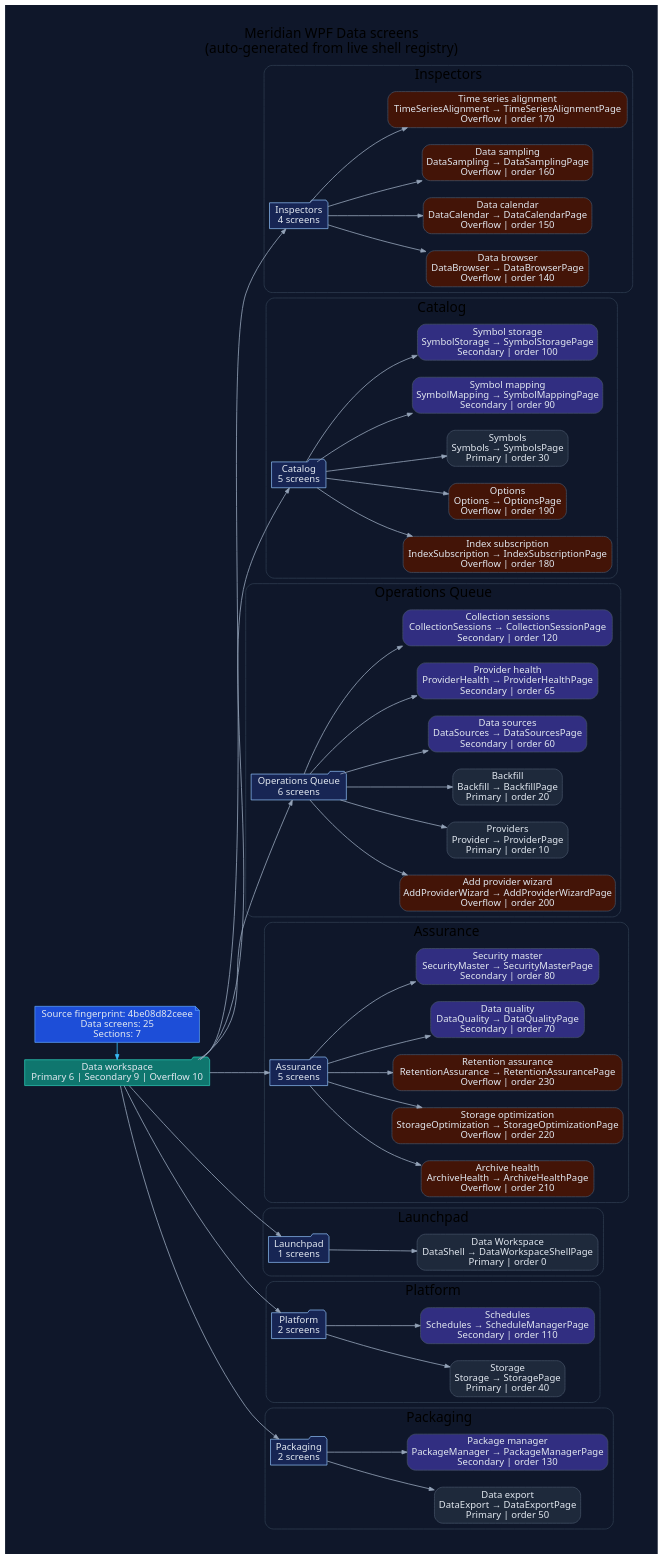
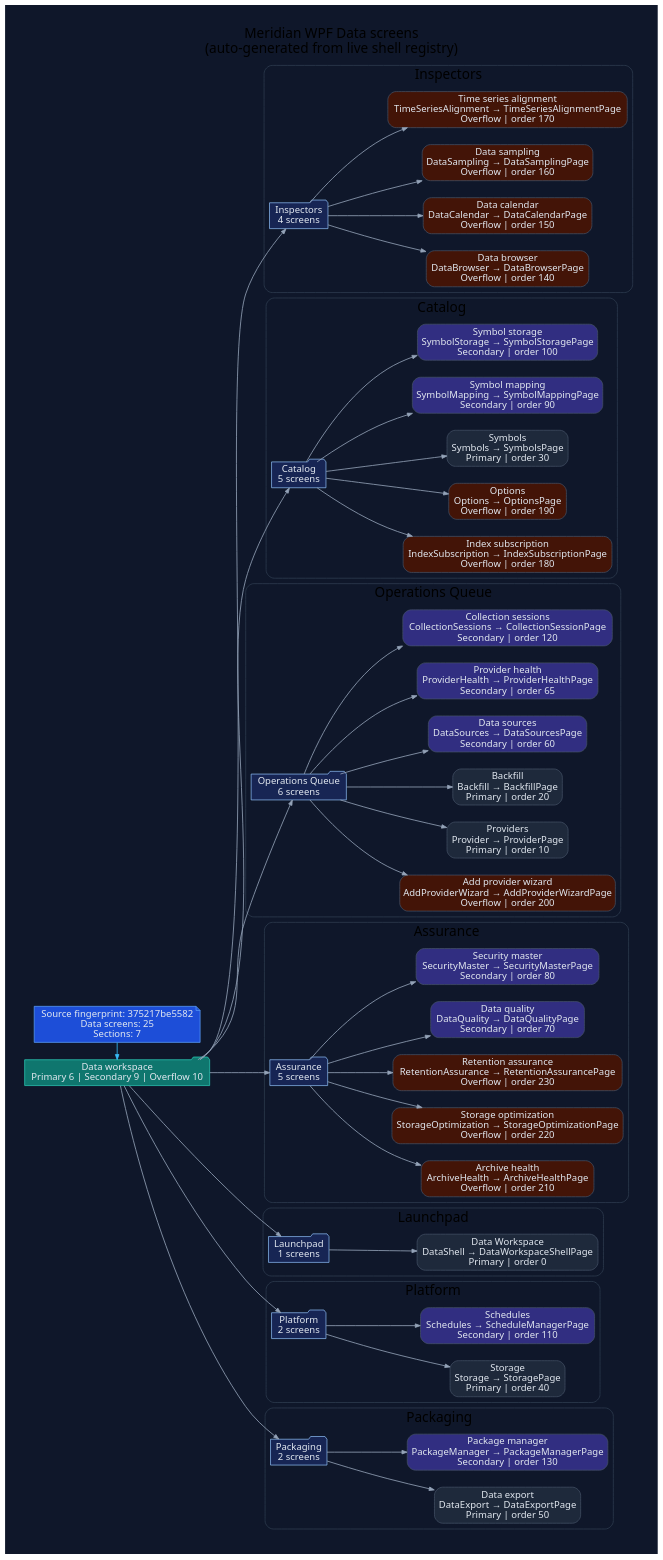
Before and after one commit to rodoHasArrived/Meridian-main: the diagram in docs/diagrams/ui-wpf-screens-data.dot, drawn with Graphviz. The commit also changed 158 other files, not shown here.

```diff
--- a/docs/diagrams/ui-wpf-screens-data.dot
+++ b/docs/diagrams/ui-wpf-screens-data.dot
@@ -1,132 +1,132 @@
 // -----------------------------------------------------------------------------
 // <auto-generated>
 // Generated by scripts/generate-diagrams.mjs.
 // Do not edit this file directly; update the WPF source files instead.
 // -----------------------------------------------------------------------------
 digraph WpfDataScreens {
   graph [
     rankdir=LR,
     labelloc=t,
     label="Meridian WPF Data screens\n(auto-generated from live shell registry)",
     fontname="Segoe UI",
     fontsize=20,
     pad=0.4,
     nodesep=0.35,
     ranksep=0.85,
     bgcolor="#0f172a"
   ];
   node [fontname="Segoe UI", shape=box, style="rounded,filled", color="#475569", fontcolor="#e2e8f0", fillcolor="#1e293b"];
   edge [fontname="Segoe UI", color="#94a3b8", penwidth=1.2, arrowsize=0.75];
 
-  generated [shape=note, fillcolor="#1d4ed8", color="#60a5fa", label="Source fingerprint: 4be08d82ceee\nData screens: 25\nSections: 7"];
+  generated [shape=note, fillcolor="#1d4ed8", color="#60a5fa", label="Source fingerprint: 375217be5582\nData screens: 25\nSections: 7"];
   workspace [shape=folder, fillcolor="#0f766e", color="#2dd4bf", label="Data workspace\nPrimary 6 | Secondary 9 | Overflow 10"];
   generated -> workspace [color="#38bdf8"];
 
   subgraph cluster_section_1 {
     label="Inspectors";
     color="#334155";
     style="rounded";
     section_1 [shape=folder, fillcolor="#172554", color="#93c5fd", label="Inspectors\n4 screens"];
     workspace -> section_1;
     screen_DataBrowser [fillcolor="#431407", label="Data browser\nDataBrowser → DataBrowserPage\nOverflow | order 140"];
     section_1 -> screen_DataBrowser;
     screen_DataCalendar [fillcolor="#431407", label="Data calendar\nDataCalendar → DataCalendarPage\nOverflow | order 150"];
     section_1 -> screen_DataCalendar;
     screen_DataSampling [fillcolor="#431407", label="Data sampling\nDataSampling → DataSamplingPage\nOverflow | order 160"];
     section_1 -> screen_DataSampling;
     screen_TimeSeriesAlignment [fillcolor="#431407", label="Time series alignment\nTimeSeriesAlignment → TimeSeriesAlignmentPage\nOverflow | order 170"];
     section_1 -> screen_TimeSeriesAlignment;
   }
 
   subgraph cluster_section_2 {
     label="Catalog";
     color="#334155";
     style="rounded";
     section_2 [shape=folder, fillcolor="#172554", color="#93c5fd", label="Catalog\n5 screens"];
     workspace -> section_2;
     screen_IndexSubscription [fillcolor="#431407", label="Index subscription\nIndexSubscription → IndexSubscriptionPage\nOverflow | order 180"];
     section_2 -> screen_IndexSubscription;
     screen_Options [fillcolor="#431407", label="Options\nOptions → OptionsPage\nOverflow | order 190"];
     section_2 -> screen_Options;
     screen_Symbols [fillcolor="#1e293b", label="Symbols\nSymbols → SymbolsPage\nPrimary | order 30"];
     section_2 -> screen_Symbols;
     screen_SymbolMapping [fillcolor="#312e81", label="Symbol mapping\nSymbolMapping → SymbolMappingPage\nSecondary | order 90"];
     section_2 -> screen_SymbolMapping;
     screen_SymbolStorage [fillcolor="#312e81", label="Symbol storage\nSymbolStorage → SymbolStoragePage\nSecondary | order 100"];
     section_2 -> screen_SymbolStorage;
   }
 
   subgraph cluster_section_3 {
     label="Operations Queue";
     color="#334155";
     style="rounded";
     section_3 [shape=folder, fillcolor="#172554", color="#93c5fd", label="Operations Queue\n6 screens"];
     workspace -> section_3;
     screen_AddProviderWizard [fillcolor="#431407", label="Add provider wizard\nAddProviderWizard → AddProviderWizardPage\nOverflow | order 200"];
     section_3 -> screen_AddProviderWizard;
     screen_Provider [fillcolor="#1e293b", label="Providers\nProvider → ProviderPage\nPrimary | order 10"];
     section_3 -> screen_Provider;
     screen_Backfill [fillcolor="#1e293b", label="Backfill\nBackfill → BackfillPage\nPrimary | order 20"];
     section_3 -> screen_Backfill;
     screen_DataSources [fillcolor="#312e81", label="Data sources\nDataSources → DataSourcesPage\nSecondary | order 60"];
     section_3 -> screen_DataSources;
     screen_ProviderHealth [fillcolor="#312e81", label="Provider health\nProviderHealth → ProviderHealthPage\nSecondary | order 65"];
     section_3 -> screen_ProviderHealth;
     screen_CollectionSessions [fillcolor="#312e81", label="Collection sessions\nCollectionSessions → CollectionSessionPage\nSecondary | order 120"];
     section_3 -> screen_CollectionSessions;
   }
 
   subgraph cluster_section_4 {
     label="Assurance";
     color="#334155";
     style="rounded";
     section_4 [shape=folder, fillcolor="#172554", color="#93c5fd", label="Assurance\n5 screens"];
     workspace -> section_4;
     screen_ArchiveHealth [fillcolor="#431407", label="Archive health\nArchiveHealth → ArchiveHealthPage\nOverflow | order 210"];
     section_4 -> screen_ArchiveHealth;
     screen_StorageOptimization [fillcolor="#431407", label="Storage optimization\nStorageOptimization → StorageOptimizationPage\nOverflow | order 220"];
     section_4 -> screen_StorageOptimization;
     screen_RetentionAssurance [fillcolor="#431407", label="Retention assurance\nRetentionAssurance → RetentionAssurancePage\nOverflow | order 230"];
     section_4 -> screen_RetentionAssurance;
     screen_DataQuality [fillcolor="#312e81", label="Data quality\nDataQuality → DataQualityPage\nSecondary | order 70"];
     section_4 -> screen_DataQuality;
     screen_SecurityMaster [fillcolor="#312e81", label="Security master\nSecurityMaster → SecurityMasterPage\nSecondary | order 80"];
     section_4 -> screen_SecurityMaster;
   }
 
   subgraph cluster_section_5 {
     label="Launchpad";
     color="#334155";
     style="rounded";
     section_5 [shape=folder, fillcolor="#172554", color="#93c5fd", label="Launchpad\n1 screens"];
     workspace -> section_5;
     screen_DataShell [fillcolor="#1e293b", label="Data Workspace\nDataShell → DataWorkspaceShellPage\nPrimary | order 0"];
     section_5 -> screen_DataShell;
   }
 
   subgraph cluster_section_6 {
     label="Platform";
     color="#334155";
     style="rounded";
     section_6 [shape=folder, fillcolor="#172554", color="#93c5fd", label="Platform\n2 screens"];
     workspace -> section_6;
     screen_Storage [fillcolor="#1e293b", label="Storage\nStorage → StoragePage\nPrimary | order 40"];
     section_6 -> screen_Storage;
     screen_Schedules [fillcolor="#312e81", label="Schedules\nSchedules → ScheduleManagerPage\nSecondary | order 110"];
     section_6 -> screen_Schedules;
   }
 
   subgraph cluster_section_7 {
     label="Packaging";
     color="#334155";
     style="rounded";
     section_7 [shape=folder, fillcolor="#172554", color="#93c5fd", label="Packaging\n2 screens"];
     workspace -> section_7;
     screen_DataExport [fillcolor="#1e293b", label="Data export\nDataExport → DataExportPage\nPrimary | order 50"];
     section_7 -> screen_DataExport;
     screen_PackageManager [fillcolor="#312e81", label="Package manager\nPackageManager → PackageManagerPage\nSecondary | order 130"];
     section_7 -> screen_PackageManager;
   }
 
   { rank=min; generated; workspace; }
 }
```
